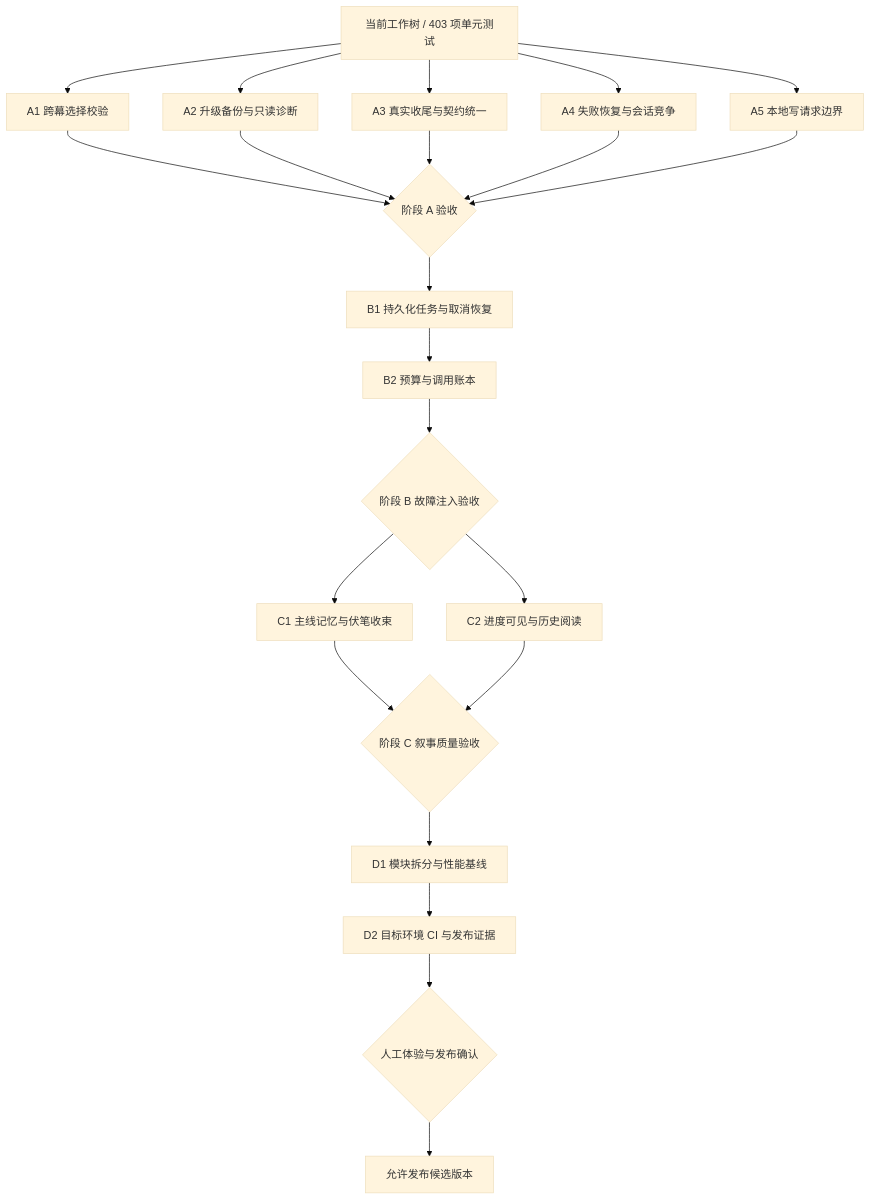
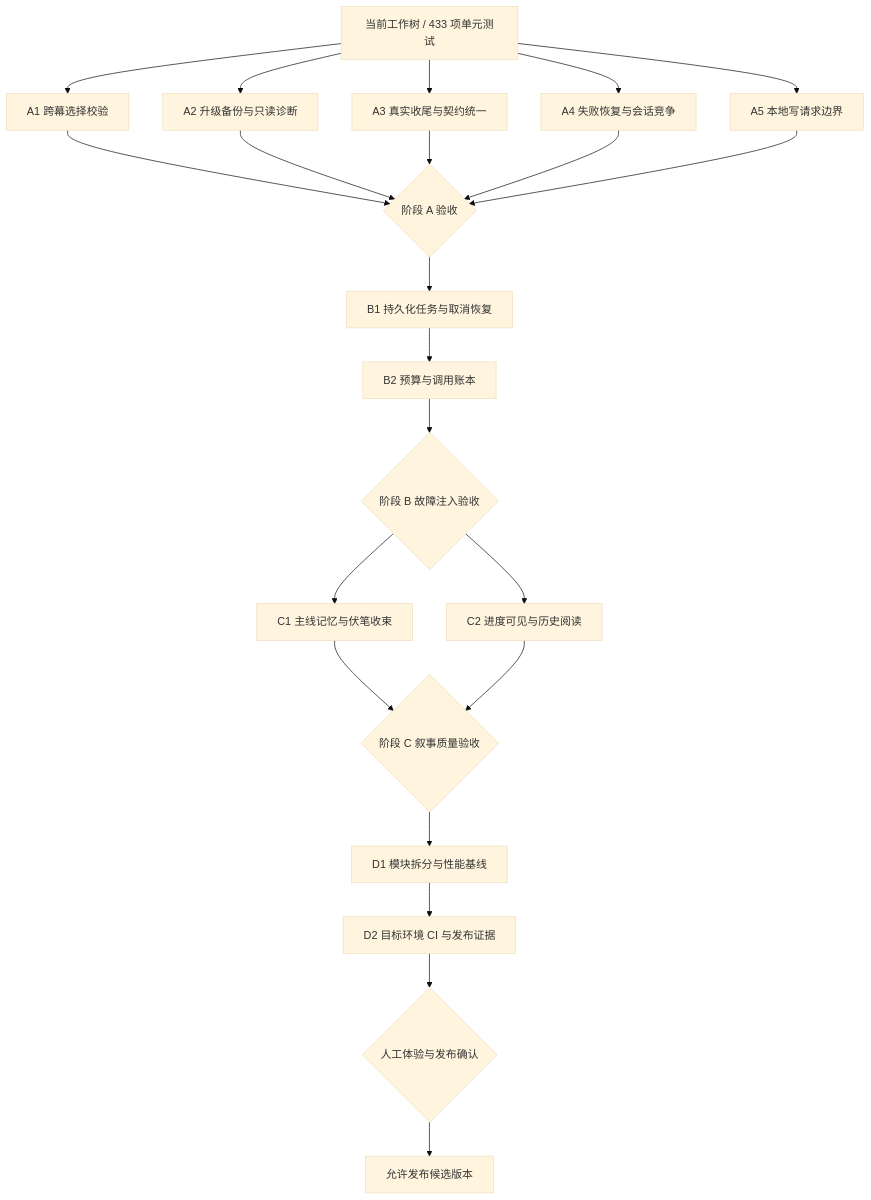
The diagram in docs/superpowers/plans/2026-09-08-storyforge-reliability-roadmap.md (Caser-86/storyforge-interactive-narrative), drawn with Mermaid (base theme) before and after one commit. The commit also changed other lines of this file and 55 other files, not shown here.

Commit message:
release: close out v0.1.8 authoring flow

````diff
--- a/docs/superpowers/plans/2026-09-08-storyforge-reliability-roadmap.md
+++ b/docs/superpowers/plans/2026-09-08-storyforge-reliability-roadmap.md
@@ -32,24 +52,24 @@
 ```mermaid
 flowchart TD
-    S[当前工作树 / 403 项单元测试] --> A1[A1 跨幕选择校验]
+    S[当前工作树 / 433 项单元测试] --> A1[A1 跨幕选择校验]
     S --> A2[A2 升级备份与只读诊断]
     S --> A3[A3 真实收尾与契约统一]
     S --> A4[A4 失败恢复与会话竞争]
     S --> A5[A5 本地写请求边界]
     A1 --> GA{阶段 A 验收}
     A2 --> GA
     A3 --> GA
     A4 --> GA
     A5 --> GA
     GA --> B1[B1 持久化任务与取消恢复]
     B1 --> B2[B2 预算与调用账本]
     B2 --> GB{阶段 B 故障注入验收}
     GB --> C1[C1 主线记忆与伏笔收束]
     GB --> C2[C2 进度可见与历史阅读]
     C1 --> GC{阶段 C 叙事质量验收}
     C2 --> GC
     GC --> D1[D1 模块拆分与性能基线]
     D1 --> D2[D2 目标环境 CI 与发布证据]
     D2 --> R{人工体验与发布确认}
     R --> V[允许发布候选版本]
 ```
````
